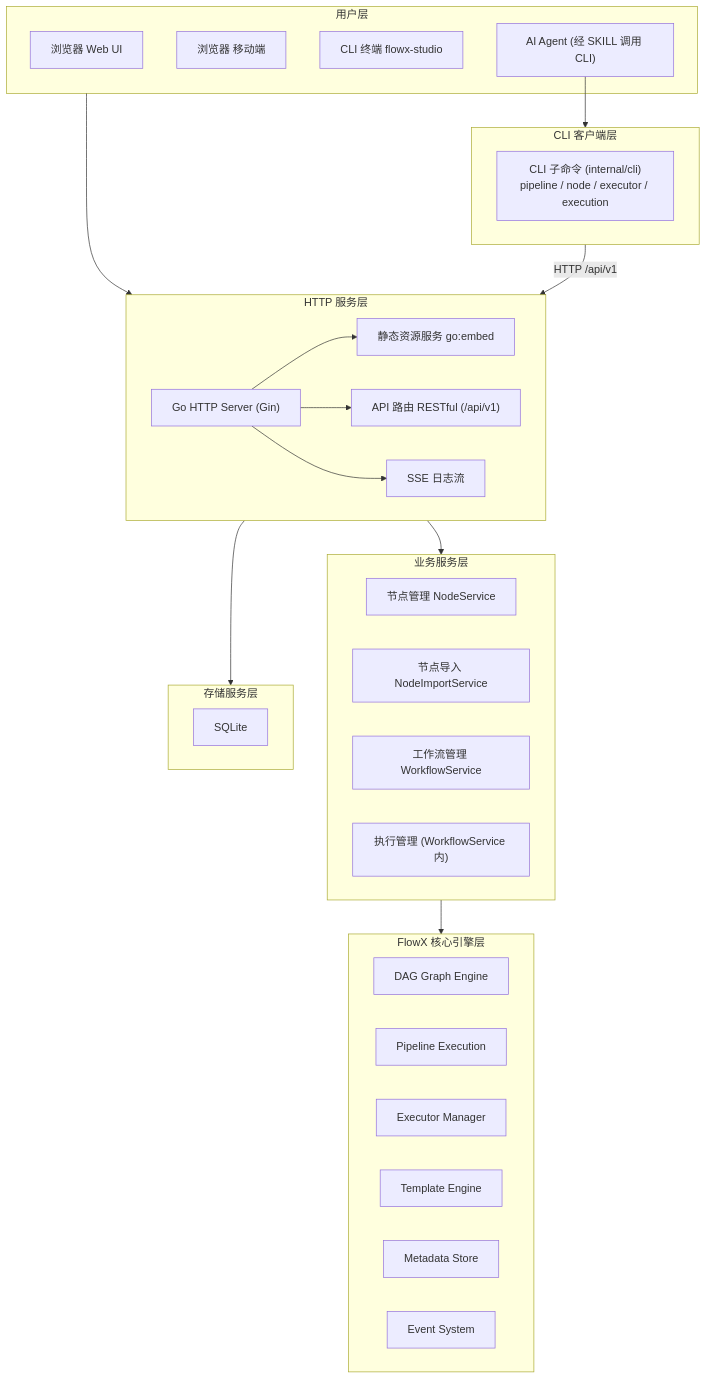
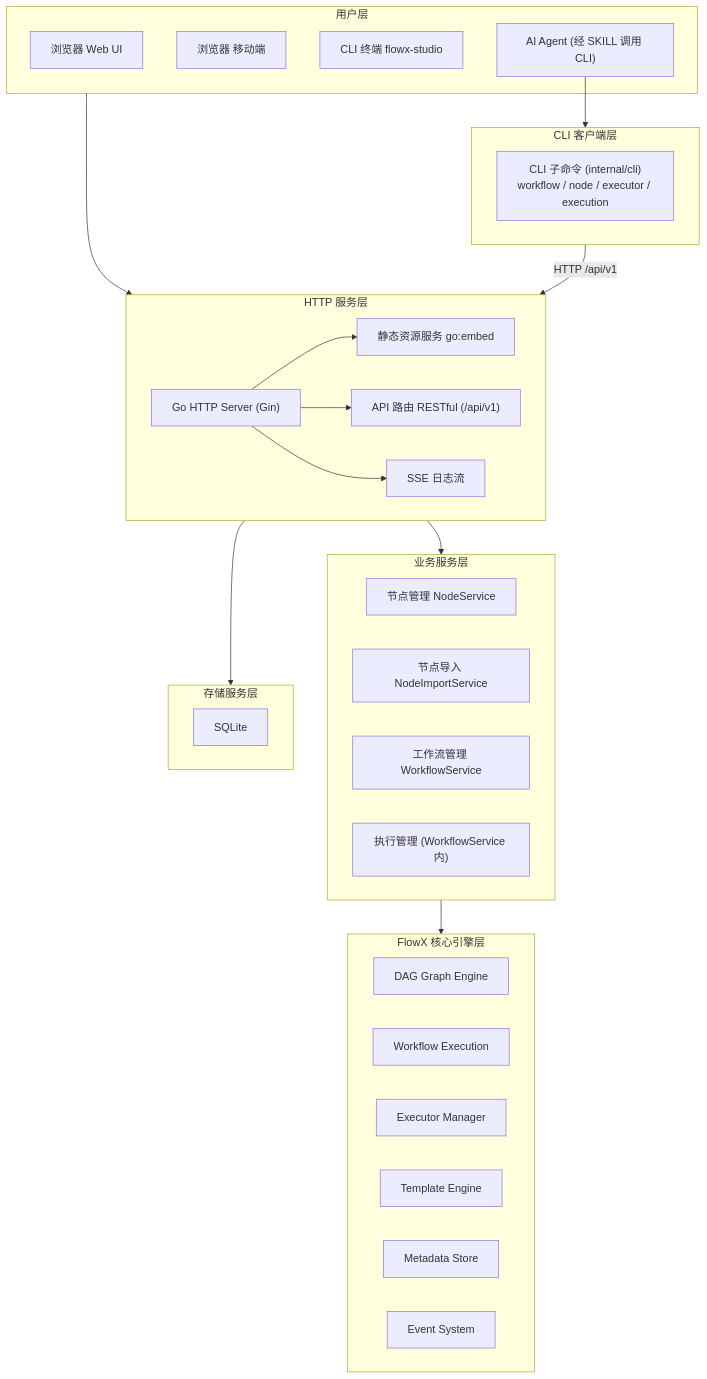
Before and after one commit to LerkoX/flowx-studio: the first of 5 diagrams in docs/02-architecture.md, drawn with Mermaid. The commit also changed other lines of this file and 58 other files, not shown here.

First line of the commit message:
refactor: 跟进 flowx Pipeline→Workflow 更名

````diff
--- a/docs/02-architecture.md
+++ b/docs/02-architecture.md
@@ -43,50 +43,50 @@
 ```mermaid
 flowchart TD
     subgraph UserLayer["用户层"]
         Browser1["浏览器 Web UI"]
         Browser2["浏览器 移动端"]
         CLI["CLI 终端 flowx-studio"]
         Agent["AI Agent (经 SKILL 调用 CLI)"]
     end
     
     subgraph HTTPServer["HTTP 服务层"]
         GoServer["Go HTTP Server (Gin)"]
         Static["静态资源服务 go:embed"]
         API["API 路由 RESTful (/api/v1)"]
         SSE["SSE 日志流"]
     end
     
     subgraph BusinessLayer["业务服务层"]
         NodeMgmt["节点管理 NodeService"]
         NodeImport["节点导入 NodeImportService"]
         WorkflowMgmt["工作流管理 WorkflowService"]
         ExecMgmt["执行管理 (WorkflowService 内)"]
     end
     
     subgraph CLILayer["CLI 客户端层"]
-        CLICmd["CLI 子命令 (internal/cli)<br/>pipeline / node / executor / execution"]
+        CLICmd["CLI 子命令 (internal/cli)<br/>workflow / node / executor / execution"]
     end
     
     subgraph StorageLayer["存储服务层"]
         SQLite["SQLite"]
     end
     
     subgraph FlowXEngine["FlowX 核心引擎层"]
         DAG["DAG Graph Engine"]
-        Pipeline["Pipeline Execution"]
+        Workflow["Workflow Execution"]
         ExecutorMgr["Executor Manager"]
         Template["Template Engine"]
         Metadata["Metadata Store"]
         EventSys["Event System"]
     end
     
     Agent --> CLILayer
     UserLayer --> HTTPServer
     GoServer --> Static
     GoServer --> API
     GoServer --> SSE
     HTTPServer --> BusinessLayer
     HTTPServer --> StorageLayer
     CLILayer -- "HTTP /api/v1" --> HTTPServer
     BusinessLayer --> FlowXEngine
 ```
````
